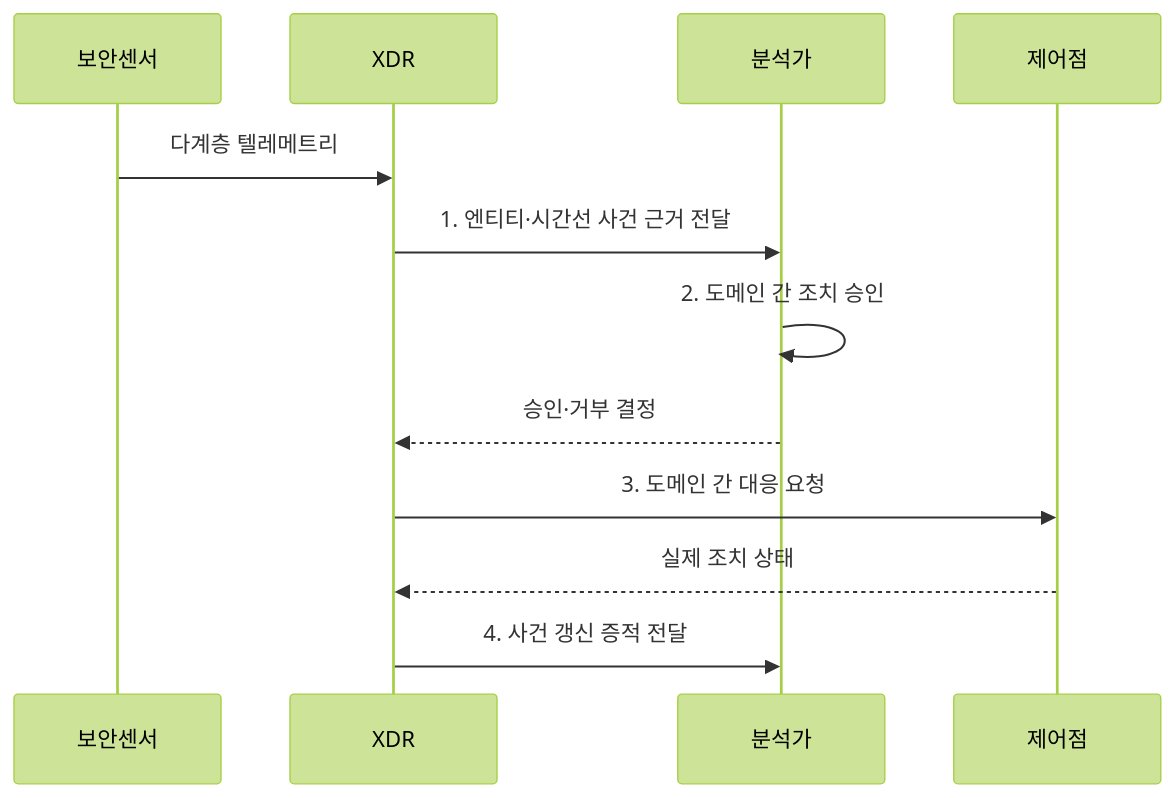
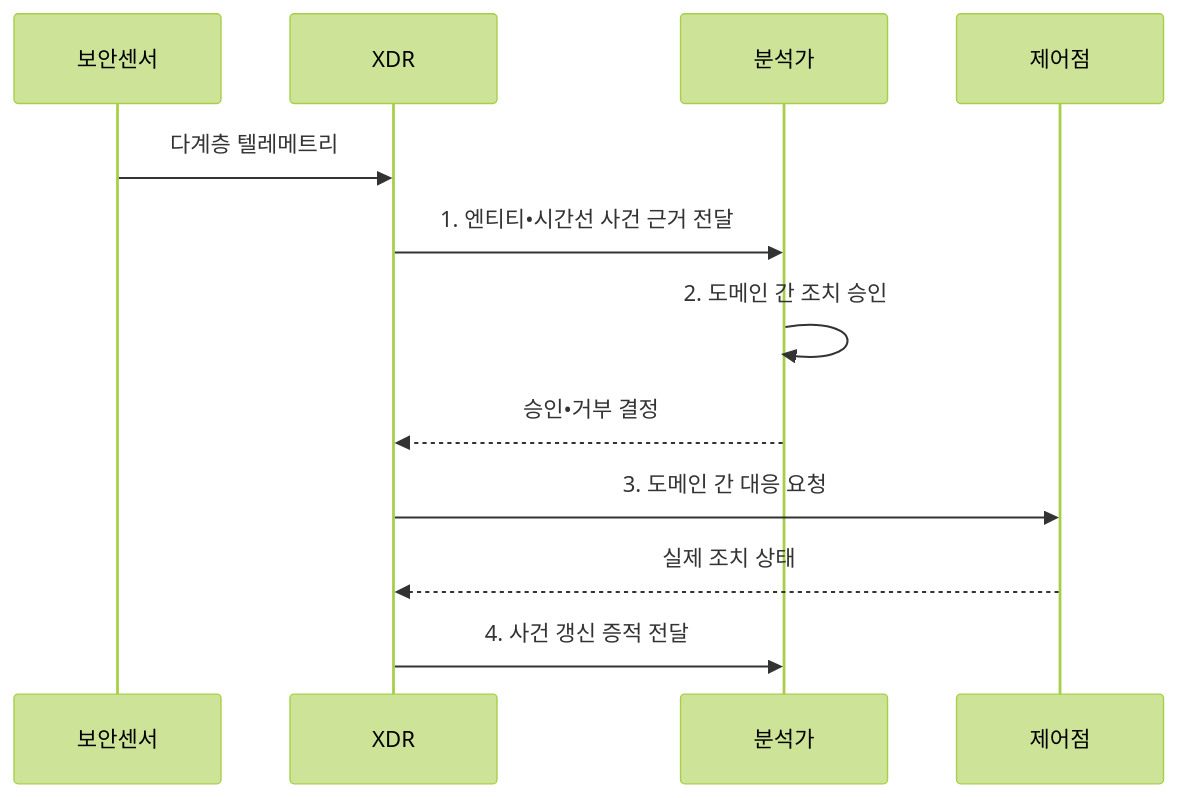
The second of 2 diagrams in src/content/docs/notes/05-security/039_extended_detection_response.md (agnusdei1207/knowledge-base), drawn with Mermaid (forest theme) before and after one commit. The commit also changed other lines of this file and 953 other files, not shown here.

````diff
--- a/src/content/docs/notes/05-security/039_extended_detection_response.md
+++ b/src/content/docs/notes/05-security/039_extended_detection_response.md
@@ -101,14 +101,14 @@
 ```mermaid
 sequenceDiagram
     participant 보안센서
     participant XDR
     participant 분석가
     participant 제어점
     보안센서->>XDR: 다계층 텔레메트리
-    XDR->>분석가: 1. 엔티티·시간선 사건 근거 전달
+    XDR->>분석가: 1. 엔티티•시간선 사건 근거 전달
     분석가->>분석가: 2. 도메인 간 조치 승인
-    분석가-->>XDR: 승인·거부 결정
+    분석가-->>XDR: 승인•거부 결정
     XDR->>제어점: 3. 도메인 간 대응 요청
     제어점-->>XDR: 실제 조치 상태
     XDR->>분석가: 4. 사건 갱신 증적 전달
 ```
````
